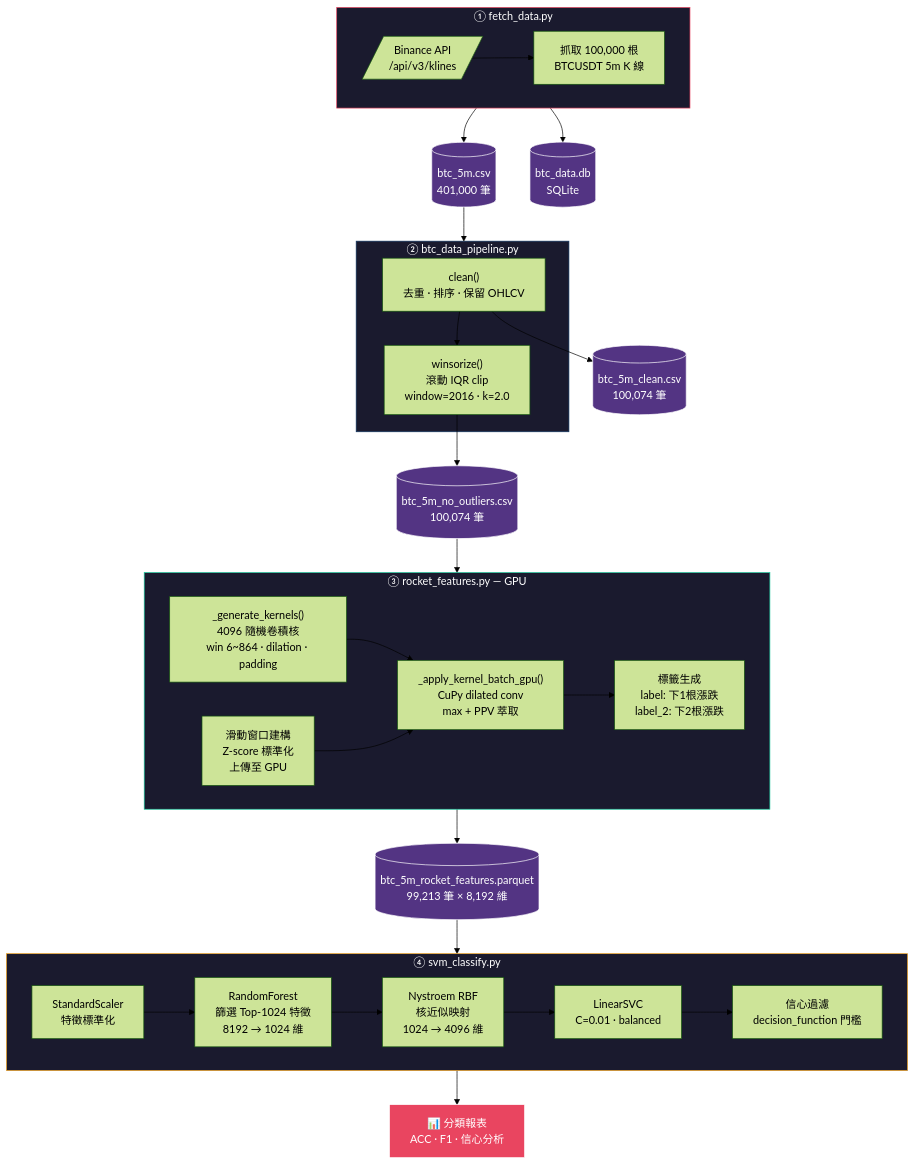
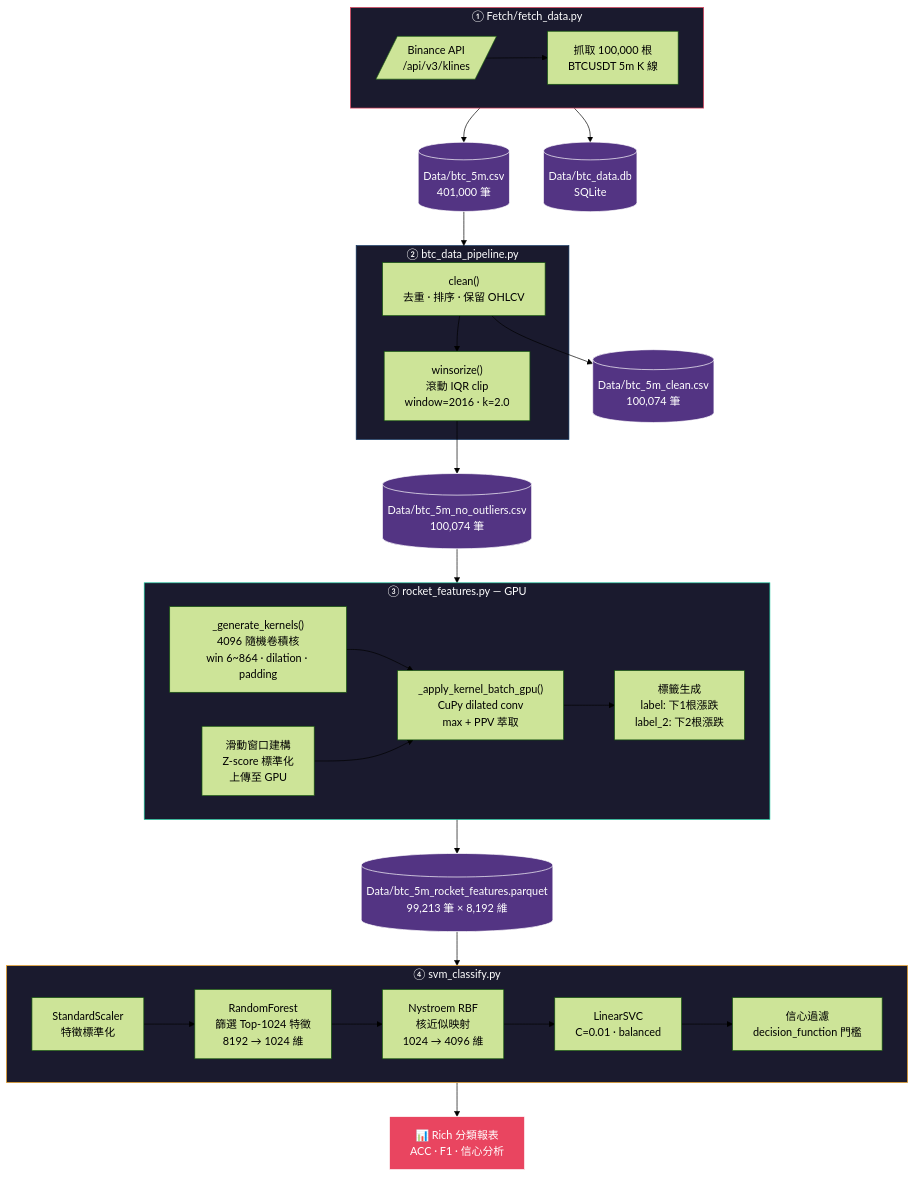
One commit to fainstar/BTC_Test_2026 changed the first of 2 diagrams in README.md. Above: the diagram before and after it, drawn with Mermaid (forest theme). The commit also changed other lines of this file and 8 other files, not shown here.

````diff
--- a/README.md
+++ b/README.md
@@ -9,61 +32,61 @@
 ```mermaid
 flowchart TD
-    subgraph S1["① fetch_data.py"]
+    subgraph S1["① Fetch/fetch_data.py"]
         A1[/"Binance API\n/api/v3/klines"/]
         A2["抓取 100,000 根\nBTCUSDT 5m K 線"]
         A1 --> A2
     end
 
     subgraph S2["② btc_data_pipeline.py"]
         B1["clean()\n去重 · 排序 · 保留 OHLCV"]
         B2["winsorize()\n滾動 IQR clip\nwindow=2016 · k=2.0"]
         B1 --> B2
     end
 
     subgraph S3["③ rocket_features.py — GPU"]
         C1["_generate_kernels()\n4096 隨機卷積核\nwin 6~864 · dilation · padding"]
         C2["滑動窗口建構\nZ-score 標準化\n上傳至 GPU"]
         C3["_apply_kernel_batch_gpu()\nCuPy dilated conv\nmax + PPV 萃取"]
         C4["標籤生成\nlabel: 下1根漲跌\nlabel_2: 下2根漲跌"]
         C1 --> C3
         C2 --> C3
         C3 --> C4
     end
 
     subgraph S4["④ svm_classify.py"]
         D1["StandardScaler\n特徵標準化"]
         D2["RandomForest\n篩選 Top-1024 特徵\n8192 → 1024 維"]
         D3["Nystroem RBF\n核近似映射\n1024 → 4096 維"]
         D4["LinearSVC\nC=0.01 · balanced"]
         D5["信心過濾\ndecision_function 門檻"]
         D1 --> D2 --> D3 --> D4 --> D5
     end
 
-    F1[("btc_5m.csv\n401,000 筆")]
-    F2[("btc_data.db\nSQLite")]
-    F3[("btc_5m_clean.csv\n100,074 筆")]
-    F4[("btc_5m_no_outliers.csv\n100,074 筆")]
-    F5[("btc_5m_rocket_features.parquet\n99,213 筆 × 8,192 維")]
-    F6["📊 分類報表\nACC · F1 · 信心分析"]
+    F1[("Data/btc_5m.csv\n401,000 筆")]
+    F2[("Data/btc_data.db\nSQLite")]
+    F3[("Data/btc_5m_clean.csv\n100,074 筆")]
+    F4[("Data/btc_5m_no_outliers.csv\n100,074 筆")]
+    F5[("Data/btc_5m_rocket_features.parquet\n99,213 筆 × 8,192 維")]
+    F6["📊 Rich 分類報表\nACC · F1 · 信心分析"]
 
     S1 --> F1
     S1 --> F2
     F1 --> S2
     B1 --> F3
     B2 --> F4
     F4 --> S3
     S3 --> F5
     F5 --> S4
     S4 --> F6
 
     style S1 fill:#1a1a2e,stroke:#e94560,color:#fff
     style S2 fill:#1a1a2e,stroke:#0f3460,color:#fff
     style S3 fill:#1a1a2e,stroke:#16c79a,color:#fff
     style S4 fill:#1a1a2e,stroke:#f5a623,color:#fff
     style F1 fill:#533483,stroke:#fff,color:#fff
     style F2 fill:#533483,stroke:#fff,color:#fff
     style F3 fill:#533483,stroke:#fff,color:#fff
     style F4 fill:#533483,stroke:#fff,color:#fff
     style F5 fill:#533483,stroke:#fff,color:#fff
     style F6 fill:#e94560,stroke:#fff,color:#fff
 ```
````
